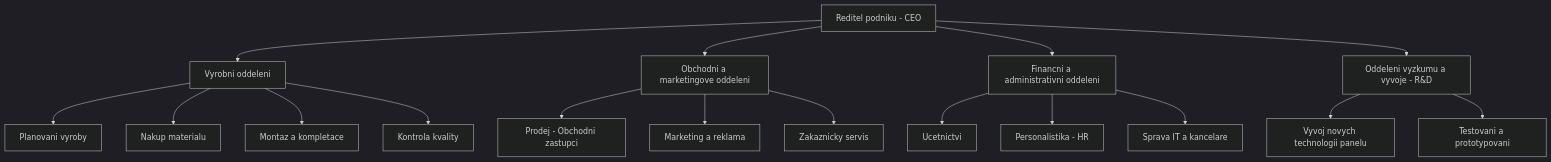
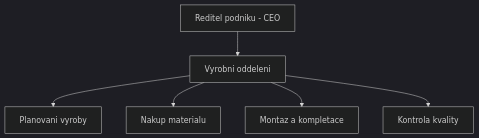
One commit to mat0us/podnikovy_managment changed the second of 5 diagrams in otazky/01_zakladni_management/otazka_7.md. Above: the diagram before and after it, drawn with Mermaid (dark theme). The commit also changed other lines of this file and 35 other files, not shown here.

````diff
--- a/otazky/01_zakladni_management/otazka_7.md
+++ b/otazky/01_zakladni_management/otazka_7.md
@@ -22,23 +29,8 @@
 ```mermaid
 graph TD
     A[Reditel podniku - CEO] --> B[Vyrobni oddeleni]
-    A --> C[Obchodni a marketingove oddeleni]
-    A --> D[Financni a administrativni oddeleni]
-    A --> E[Oddeleni vyzkumu a vyvoje - R&D]
-
     B --> B1[Planovani vyroby]
     B --> B2[Nakup materialu]
     B --> B3[Montaz a kompletace]
     B --> B4[Kontrola kvality]
-
-    C --> C1[Prodej - Obchodni zastupci]
-    C --> C2[Marketing a reklama]
-    C --> C3[Zakaznicky servis]
-
-    D --> D1[Ucetnictvi]
-    D --> D2[Personalistika - HR]
-    D --> D3[Sprava IT a kancelare]
-
-    E --> E1[Vyvoj novych technologii panelu]
-    E --> E2[Testovani a prototypovani]
 ```
````
